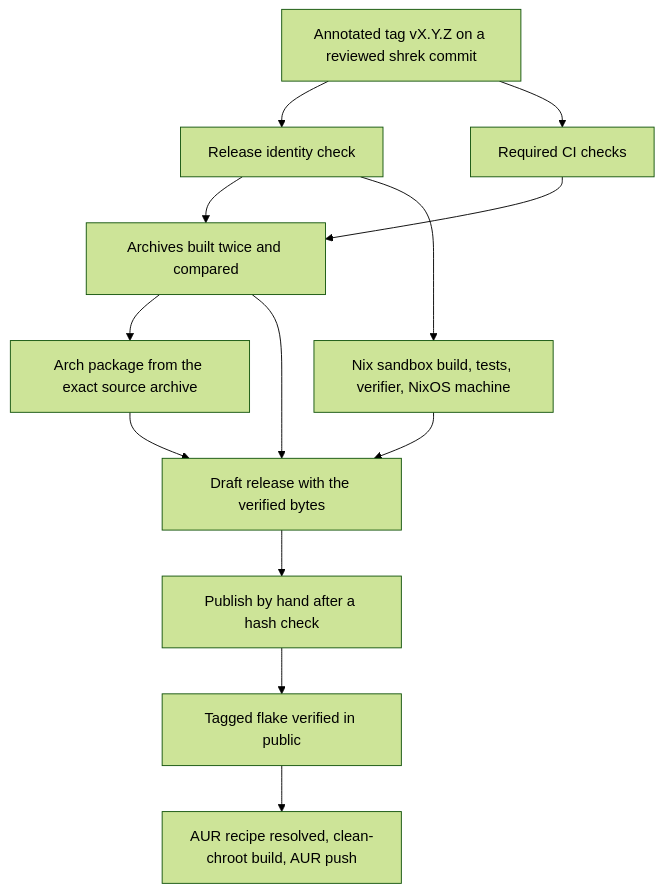
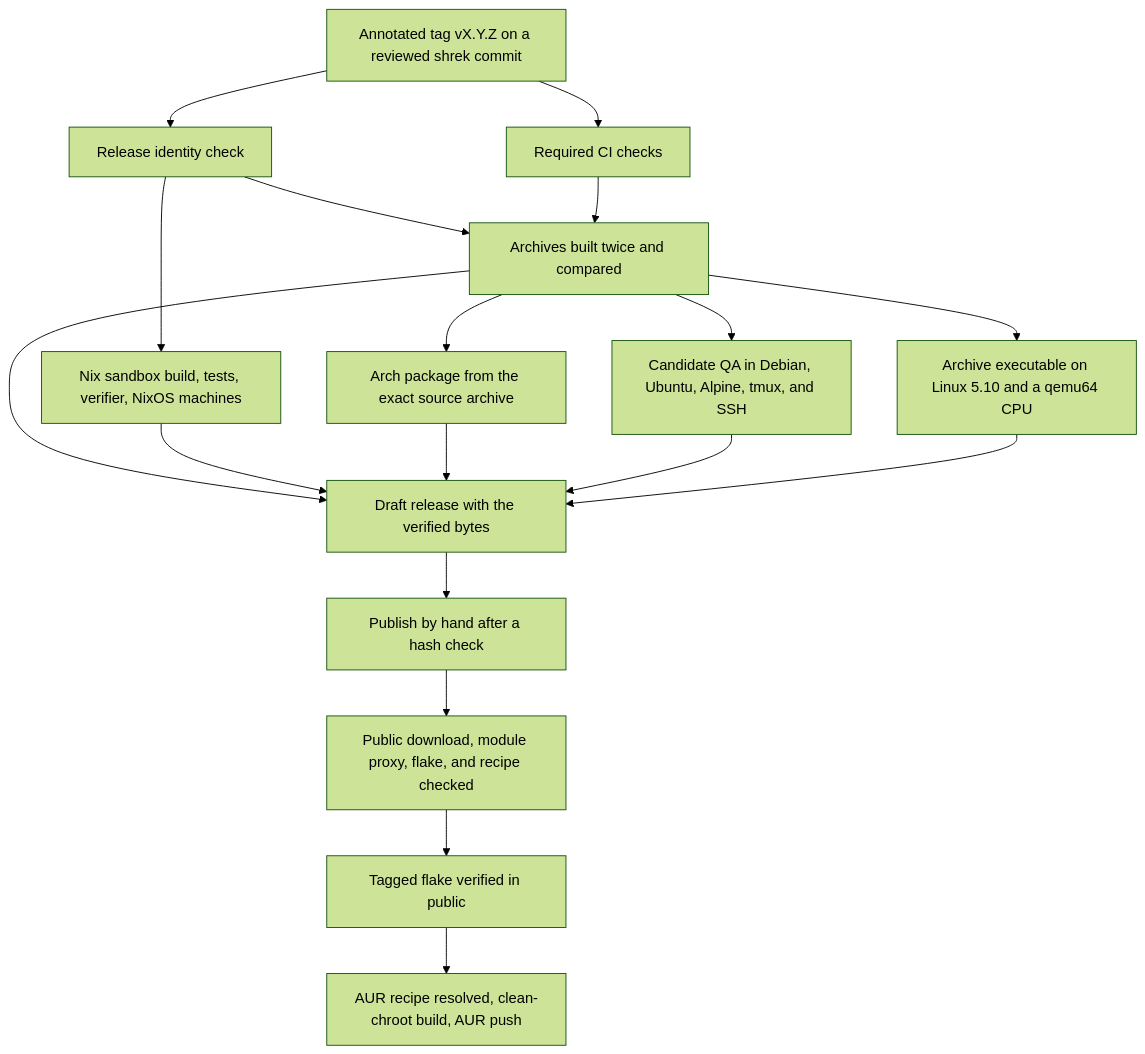
Before and after one commit to nuggocto/xunhen: the diagram in docs/releasing.md, drawn with Mermaid (forest theme). The commit also changed other lines of this file and 6 other files, not shown here.

````diff
--- a/docs/releasing.md
+++ b/docs/releasing.md
@@ -8,15 +8,20 @@
 ```mermaid
 flowchart TD
     A[Annotated tag vX.Y.Z on a reviewed shrek commit] --> V[Release identity check]
     A --> C[Required CI checks]
     V --> B[Archives built twice and compared]
     C --> B
-    V --> N[Nix sandbox build, tests, verifier, NixOS machine]
+    V --> N[Nix sandbox build, tests, verifier, NixOS machines]
     B --> R[Arch package from the exact source archive]
+    B --> Q[Candidate QA in Debian, Ubuntu, Alpine, tmux, and SSH]
+    B --> K[Archive executable on Linux 5.10 and a qemu64 CPU]
     B --> S[Draft release with the verified bytes]
     N --> S
     R --> S
+    Q --> S
+    K --> S
     S --> P[Publish by hand after a hash check]
-    P --> F[Tagged flake verified in public]
+    P --> D[Public download, module proxy, flake, and recipe checked]
+    D --> F[Tagged flake verified in public]
     F --> U[AUR recipe resolved, clean-chroot build, AUR push]
 ```
````
